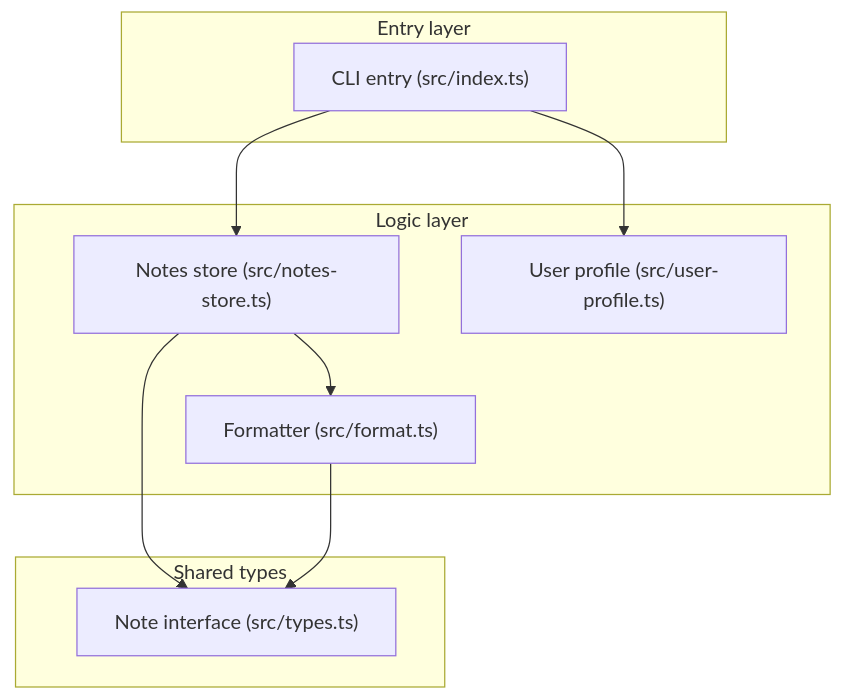
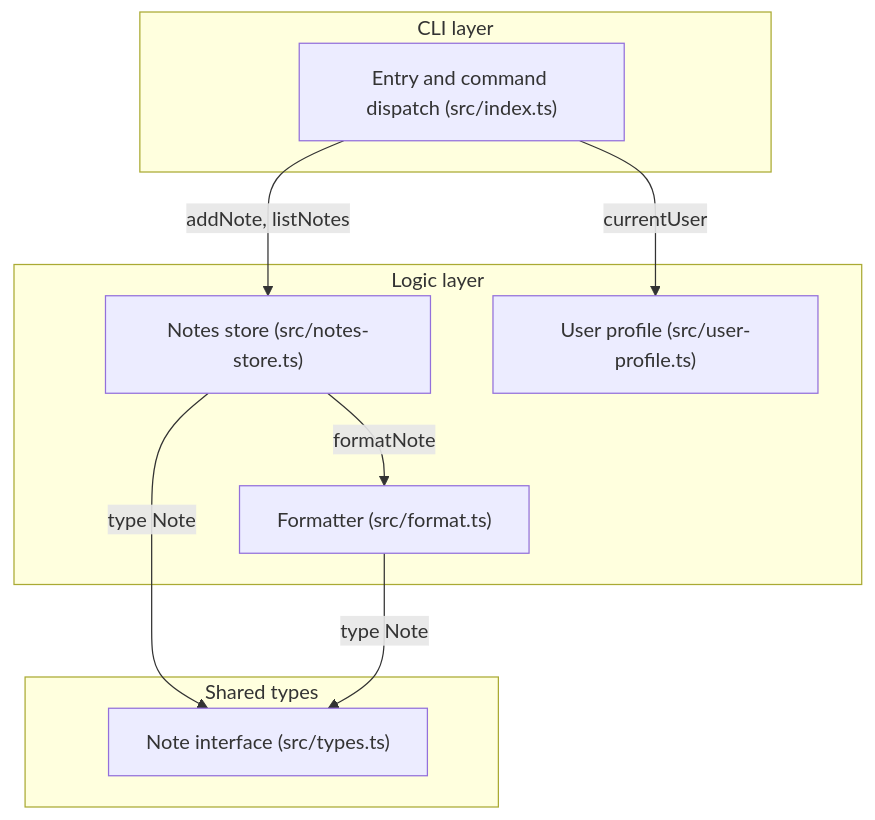
The third of 3 diagrams in examples/ts-notes-cli/docs/codemap/architecture.md (hxxnn/codemap), drawn with Mermaid before and after one commit. The commit also changed other lines of this file and 35 other files, not shown here.

````diff
--- a/examples/ts-notes-cli/docs/codemap/architecture.md
+++ b/examples/ts-notes-cli/docs/codemap/architecture.md
@@ -46,19 +44,19 @@
 ```mermaid
 flowchart TD
-  subgraph entry["Entry layer"]
-    idx["CLI entry (src/index.ts)"]
+  subgraph cli["CLI layer"]
+    idx["Entry and command dispatch (src/index.ts)"]
   end
   subgraph logic["Logic layer"]
     store["Notes store (src/notes-store.ts)"]
-    prof["User profile (src/user-profile.ts)"]
+    user["User profile (src/user-profile.ts)"]
     fmt["Formatter (src/format.ts)"]
   end
   subgraph shared["Shared types"]
     types["Note interface (src/types.ts)"]
   end
-  idx --> store
-  idx --> prof
-  store --> fmt
-  store --> types
-  fmt --> types
+  idx -->|"addNote, listNotes"| store
+  idx -->|"currentUser"| user
+  store -->|"formatNote"| fmt
+  store -->|"type Note"| types
+  fmt -->|"type Note"| types
 ```
````
